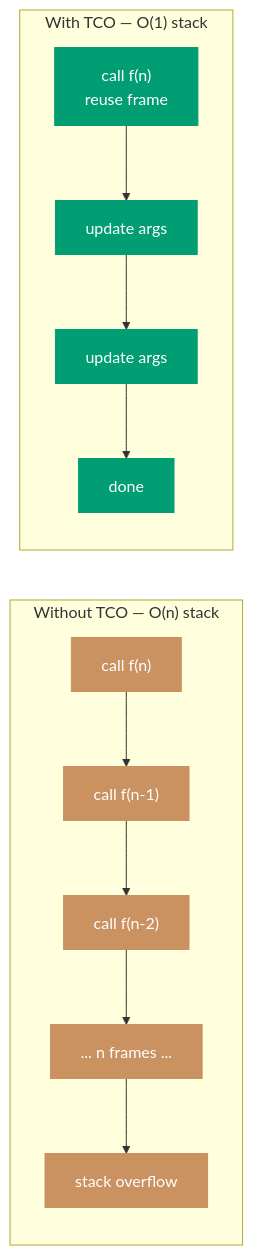
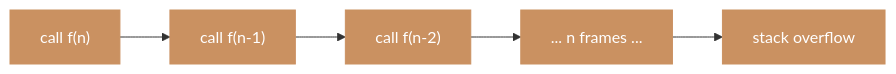
One commit to wahidyankf/open-sharia-enterprise changed diagram 14 of 15 in apps/ayokoding-web/content/en/learn/software-engineering/compilers-and-interpreters/terminology.md. Above: the diagram before and after it, drawn with Mermaid. The commit also changed other lines of this file and 6 other files, not shown here.

First line of the commit message:
fix(ayokoding-web): fix mermaid parse errors and split comparison diagrams

````diff
--- a/apps/ayokoding-web/content/en/learn/software-engineering/compilers-and-interpreters/terminology.md
+++ b/apps/ayokoding-web/content/en/learn/software-engineering/compilers-and-interpreters/terminology.md
@@ -465,28 +462,8 @@
 ```mermaid
 %% Color palette: Blue #0173B2, Orange #DE8F05, Teal #029E73, Purple #CC78BC, Brown #CA9161, Gray #808080
 flowchart LR
-    subgraph Without["Without TCO — O(n) stack"]
-        direction TB
-        W1["call f(n)"]
-        W2["call f(n-1)"]
-        W3["call f(n-2)"]
-        Wd["... n frames ..."]
-        We["stack overflow"]
-        W1 --> W2 --> W3 --> Wd --> We
-    end
-
-    subgraph With["With TCO — O(1) stack"]
-        direction TB
-        T1["call f(n)\nreuse frame"]
-        T2["update args"]
-        T3["update args"]
-        T4["done"]
-        T1 --> T2 --> T3 --> T4
-    end
+    W1["call f(n)"] --> W2["call f(n-1)"] --> W3["call f(n-2)"] --> Wd["... n frames ..."] --> We["stack overflow"]
 
     classDef brown fill:#CA9161,color:#fff,stroke:#CA9161
-    classDef teal fill:#029E73,color:#fff,stroke:#029E73
-
     class W1,W2,W3,Wd,We brown
-    class T1,T2,T3,T4 teal
 ```
````
